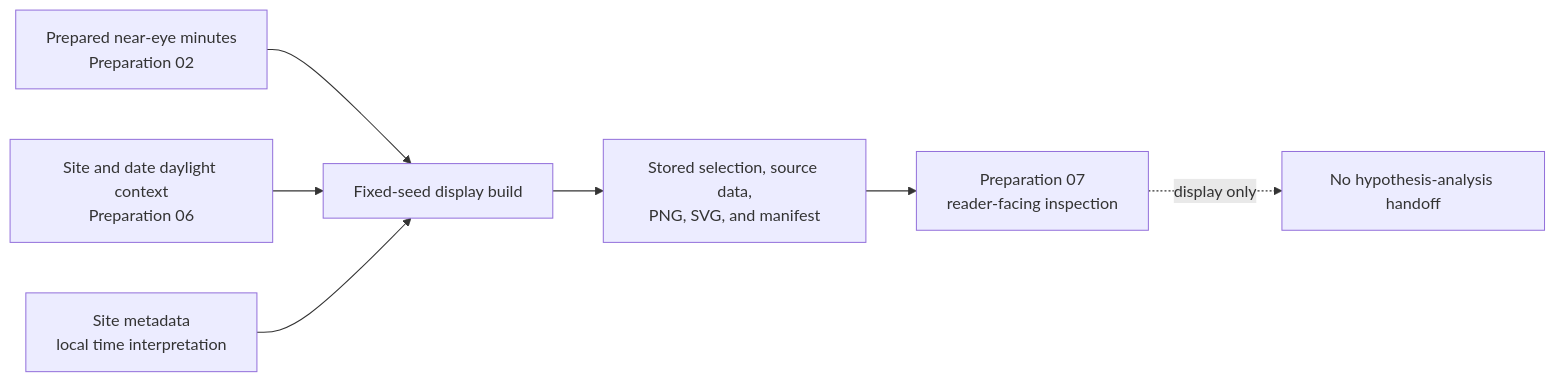
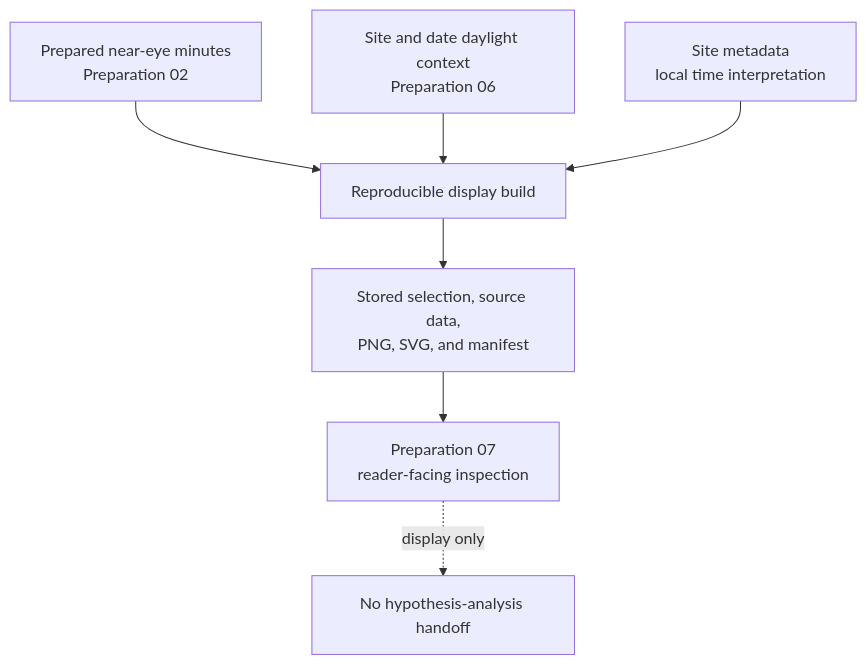
Before and after one commit to tscnlab/ZaunerEtAl_bioRxiv_2026: the diagram in notebooks/preparation/07_example_days.qmd, drawn with Mermaid. The commit also changed other lines of this file and 21122 other files, not shown here.

````diff
--- a/notebooks/preparation/07_example_days.qmd
+++ b/notebooks/preparation/07_example_days.qmd
@@ -521,12 +660,12 @@
 ```{mermaid}
 %%| label: fig-example-day-chain
 %%| fig-cap: "Position of Preparation 07 in the data-to-analysis chain. It makes a display from accepted preparation artifacts but supplies no model input."
-%%| fig-alt: "Prepared near-eye minute data, stored daylight context, and site metadata feed a fixed-seed display builder. Its stored selection, source data, and figures feed only the Preparation 07 inspection page; an explicit endpoint states that there is no hypothesis-analysis handoff."
-flowchart LR
-  A["Prepared near-eye minutes<br/>Preparation 02"] --> D["Fixed-seed display build"]
+%%| fig-alt: "Prepared near-eye minute data, stored daylight context, and site metadata feed a reproducible display builder. Its stored selection, source data, and figures feed only the Preparation 07 inspection page; an explicit endpoint states that there is no hypothesis-analysis handoff."
+flowchart TB
+  A["Prepared near-eye minutes<br/>Preparation 02"] --> D["Reproducible display build"]
   B["Site and date daylight context<br/>Preparation 06"] --> D
   C["Site metadata<br/>local time interpretation"] --> D
   D --> E["Stored selection, source data,<br/>PNG, SVG, and manifest"]
   E --> F["Preparation 07<br/>reader-facing inspection"]
   F -. "display only" .-> G["No hypothesis-analysis handoff"]
 ```
````
